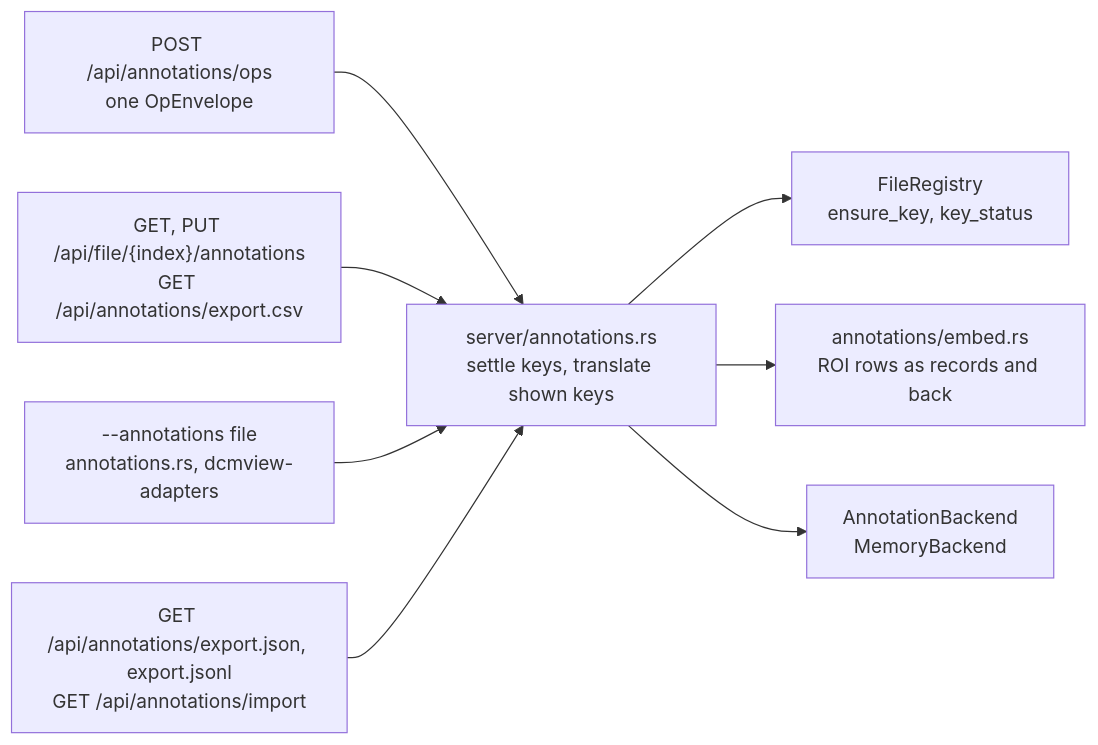
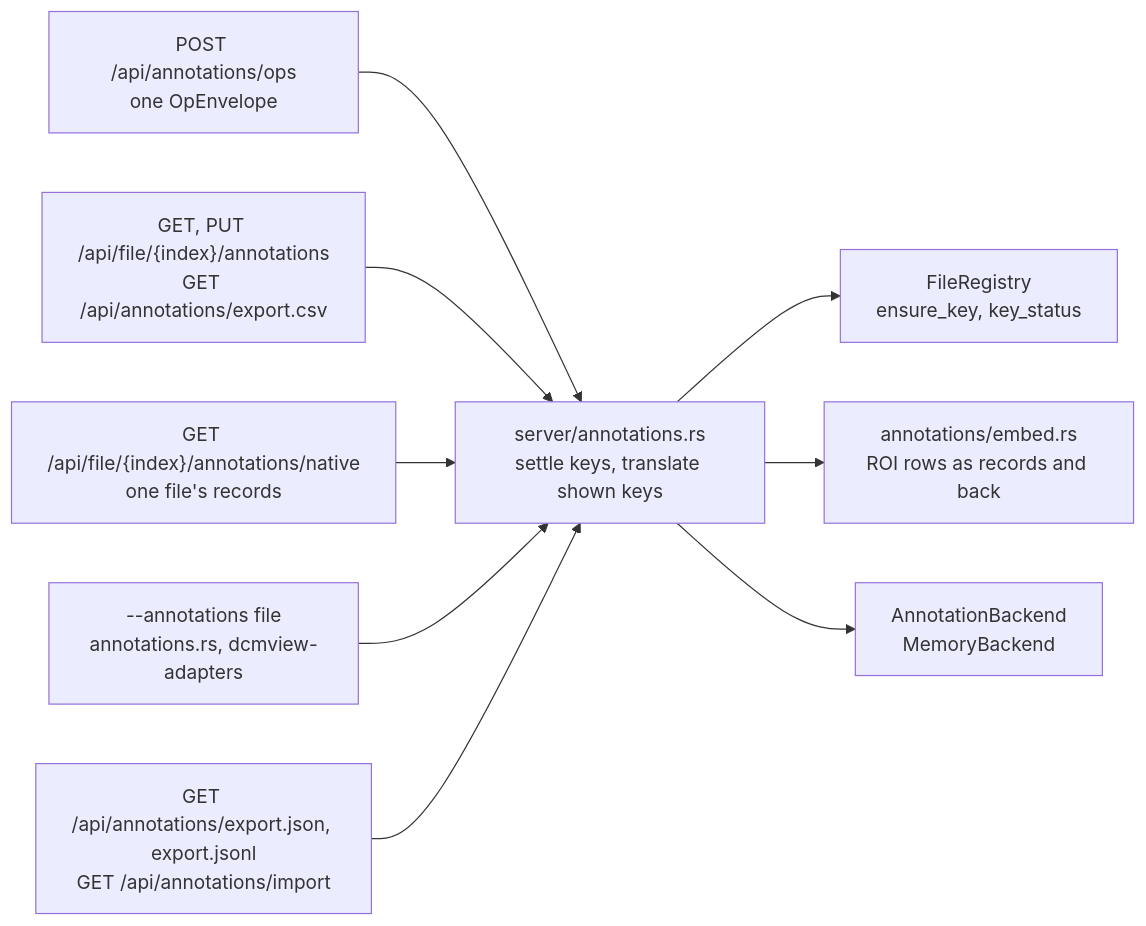
Before and after one commit to dcmview/dcmview: the third of 4 diagrams in docs/architecture.md, drawn with Mermaid. The commit also changed other lines of this file, not shown here.

Commit message:
docs(architecture): place the native read among the annotation doors

````diff
--- a/docs/architecture.md
+++ b/docs/architecture.md
@@ -1959,10 +1959,11 @@
 ```mermaid
 flowchart LR
     ops["POST /api/annotations/ops<br/>one OpEnvelope"] --> service
     embed["GET, PUT /api/file/{index}/annotations<br/>GET /api/annotations/export.csv"] --> service
+    native["GET /api/file/{index}/annotations/native<br/>one file's records"] --> service
     csv["--annotations file<br/>annotations.rs, dcmview-adapters"] --> service
     documents["GET /api/annotations/export.json, export.jsonl<br/>GET /api/annotations/import"] --> service
     service["server/annotations.rs<br/>settle keys, translate shown keys"] --> registry["FileRegistry<br/>ensure_key, key_status"]
     service --> view["annotations/embed.rs<br/>ROI rows as records and back"]
     service --> backend["AnnotationBackend<br/>MemoryBackend"]
 ```
````
